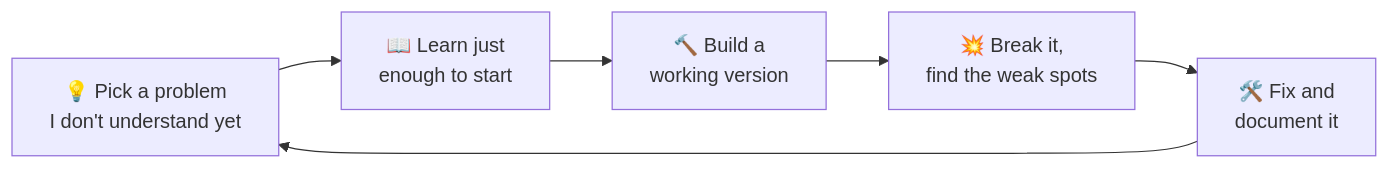
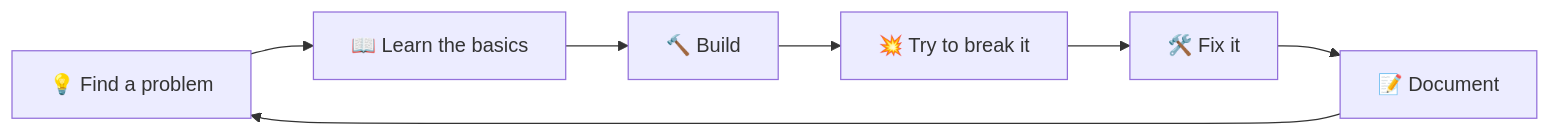
One commit to neerajsait/neerajsait changed the fifth of 5 diagrams in README.md. Above: the diagram before and after it, drawn with Mermaid. The commit also changed other lines of this file, not shown here.

````diff
--- a/README.md
+++ b/README.md
@@ -140,8 +217,9 @@
 ```mermaid
 flowchart LR
-    A["💡 Pick a problem<br/>I don't understand yet"] --> B["📖 Learn just<br/>enough to start"]
-    B --> C["🔨 Build a<br/>working version"]
-    C --> D["💥 Break it,<br/>find the weak spots"]
-    D --> E["🛠️ Fix and<br/>document it"]
-    E --> A
+    A["💡 Find a problem"] --> B["📖 Learn the basics"]
+    B --> C["🔨 Build"]
+    C --> D["💥 Try to break it"]
+    D --> E["🛠️ Fix it"]
+    E --> F["📝 Document"]
+    F --> A
 ```
````
